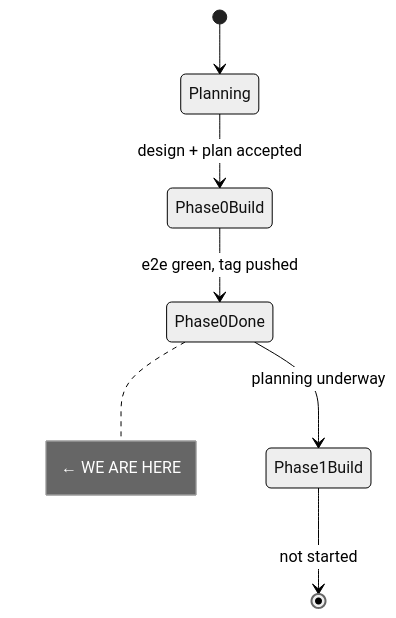
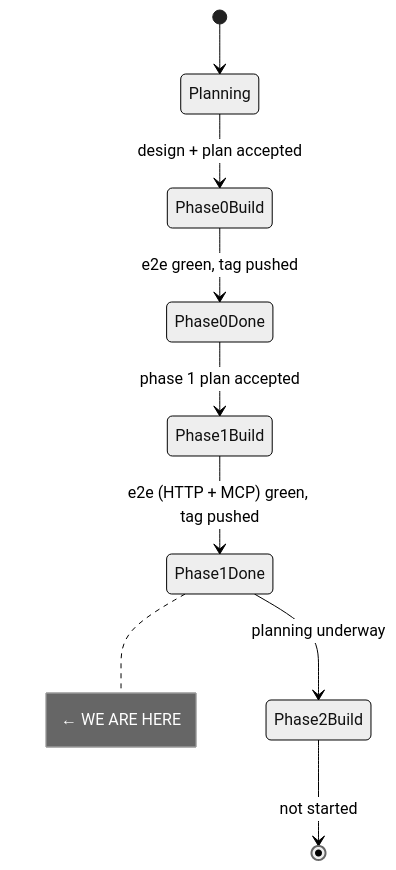
One commit to dataforaction-tom/soundings changed the first of 2 diagrams in STATE.md. Above: the diagram before and after it, drawn with Mermaid (neutral theme). The commit also changed other lines of this file and 38 other files, not shown here.

````diff
--- a/STATE.md
+++ b/STATE.md
@@ -8,10 +8,12 @@
 ```mermaid
 stateDiagram-v2
     [*] --> Planning
     Planning --> Phase0Build: design + plan accepted
     Phase0Build --> Phase0Done: e2e green, tag pushed
-    Phase0Done --> Phase1Build: planning underway
-    Phase1Build --> [*]: not started
+    Phase0Done --> Phase1Build: phase 1 plan accepted
+    Phase1Build --> Phase1Done: e2e (HTTP + MCP) green, tag pushed
+    Phase1Done --> Phase2Build: planning underway
+    Phase2Build --> [*]: not started
 
-    note right of Phase0Done: ← WE ARE HERE
+    note right of Phase1Done: ← WE ARE HERE
 ```
````
